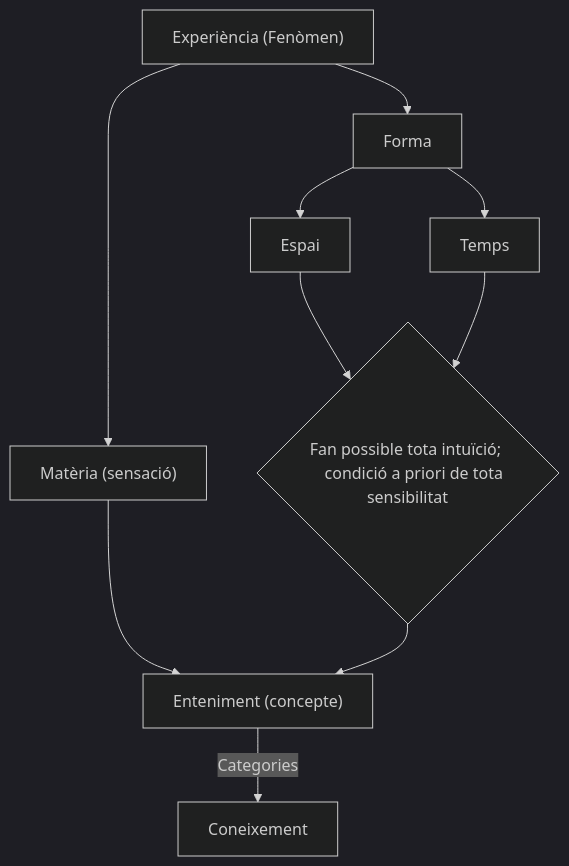
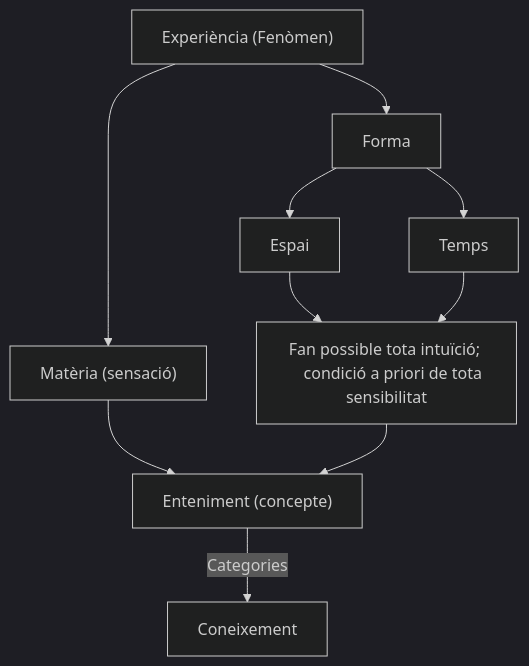
The diagram in illustracio/kant/revolucio-copernicana.md (Peleton-011/Apounts-heigol), drawn with Mermaid (dark theme) before and after one commit.

````diff
--- a/illustracio/kant/revolucio-copernicana.md
+++ b/illustracio/kant/revolucio-copernicana.md
@@ -39,14 +39,14 @@
 ```mermaid
 graph TD;
 
     A["Experiència (Fenòmen)"]-->B["Matèria (sensació)"];
     A-->C[Forma];
     C-->D[Espai];
     C-->E[Temps];
-    D-->F{"Fan possible tota intuïció; 
-    condició a priori de tota sensibilitat"};
+    D-->F["Fan possible tota intuïció; 
+    condició a priori de tota sensibilitat"];
     E-->F;
     B-->G["Enteniment (concepte)"];
     F-->G;
     G-->|Categories| H[Coneixement];
 ```
````
